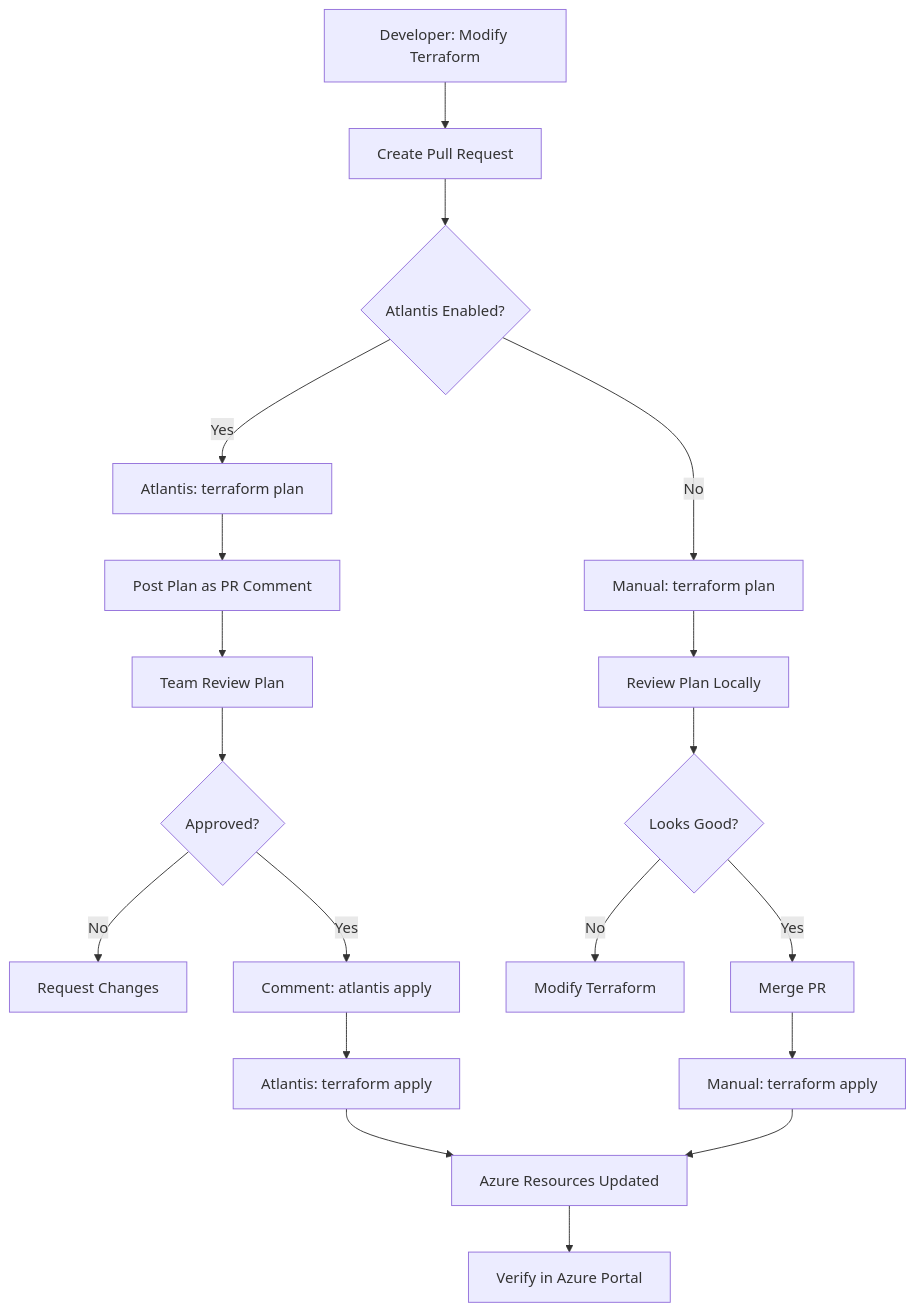
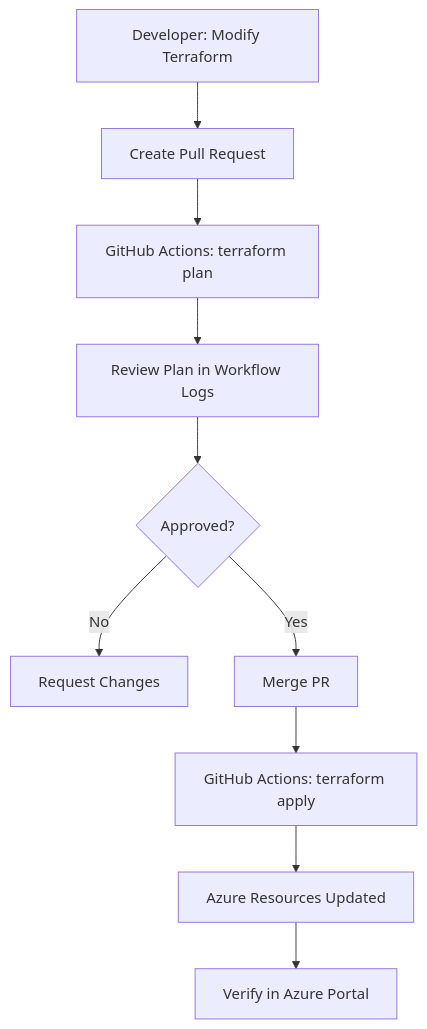
One commit to luiscarlosge/az-php-cicd-example changed the second of 2 diagrams in docs/architecture.md. Above: the diagram before and after it, drawn with Mermaid. The commit also changed other lines of this file and 9 other files, not shown here.

````diff
--- a/docs/architecture.md
+++ b/docs/architecture.md
@@ -390,26 +382,15 @@
 ```mermaid
 graph TD
     A[Developer: Modify Terraform] --> B[Create Pull Request]
     
-    B --> C{Atlantis Enabled?}
+    B --> C[GitHub Actions: terraform plan]
+    C --> D[Review Plan in Workflow Logs]
+    D --> E{Approved?}
+    E -->|No| F[Request Changes]
+    E -->|Yes| G[Merge PR]
+    G --> H[GitHub Actions: terraform apply]
     
-    C -->|Yes| D[Atlantis: terraform plan]
-    D --> E[Post Plan as PR Comment]
-    E --> F[Team Review Plan]
-    F --> G{Approved?}
-    G -->|No| H[Request Changes]
-    G -->|Yes| I[Comment: atlantis apply]
-    I --> J[Atlantis: terraform apply]
+    H --> I[Azure Resources Updated]
     
-    C -->|No| K[Manual: terraform plan]
-    K --> L[Review Plan Locally]
-    L --> M{Looks Good?}
-    M -->|No| N[Modify Terraform]
-    M -->|Yes| O[Merge PR]
-    O --> P[Manual: terraform apply]
-    
-    J --> Q[Azure Resources Updated]
-    P --> Q
-    
-    Q --> R[Verify in Azure Portal]
+    I --> J[Verify in Azure Portal]
 ```
````
